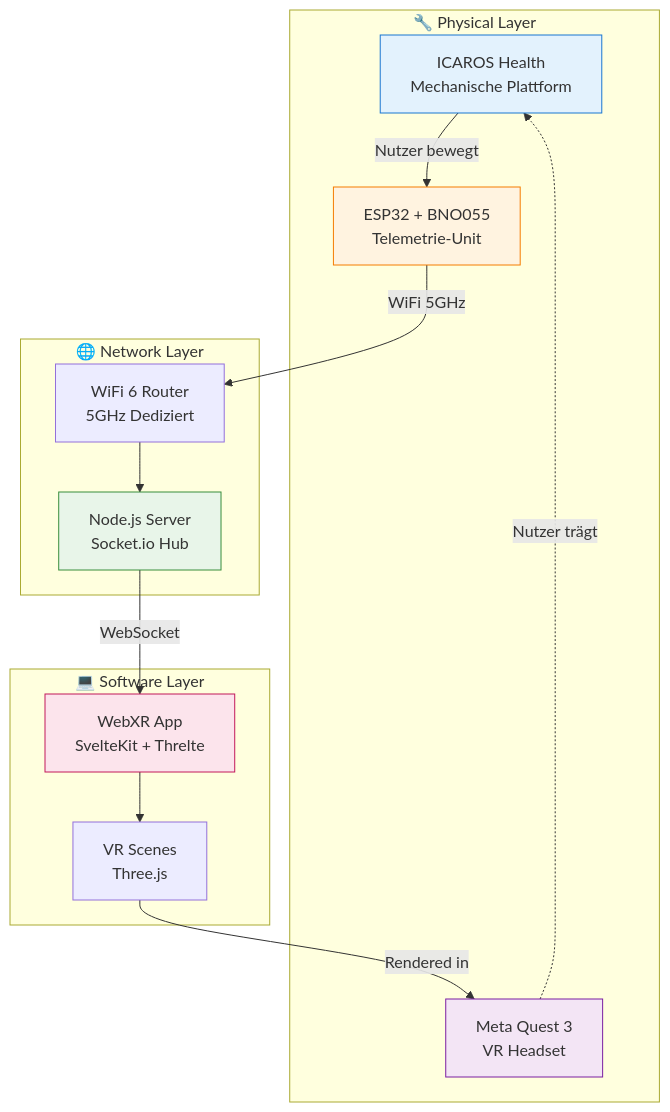
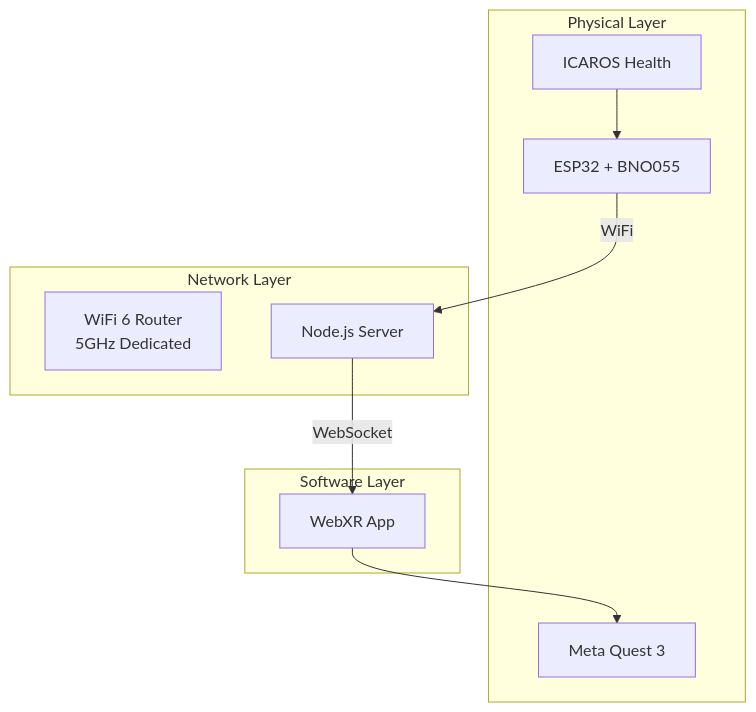
One commit to dweigend/neural-flight changed the first of 3 diagrams in docs/integration/SYSTEM_ARCHITECTURE.md. Above: the diagram before and after it, drawn with Mermaid. The commit also changed other lines of this file and 31 other files, not shown here.

````diff
--- a/docs/integration/SYSTEM_ARCHITECTURE.md
+++ b/docs/integration/SYSTEM_ARCHITECTURE.md
@@ -18,32 +14,22 @@
 ```mermaid
 graph TB
-    subgraph Physical["🔧 Physical Layer"]
-        ICAROS[ICAROS Health<br/>Mechanische Plattform]
-        ESP[ESP32 + BNO055<br/>Telemetrie-Unit]
-        QUEST[Meta Quest 3<br/>VR Headset]
+    subgraph Physical["Physical Layer"]
+        ICAROS[ICAROS Health]
+        ESP[ESP32 + BNO055]
+        QUEST[Meta Quest 3]
     end
     
-    subgraph Network["🌐 Network Layer"]
-        ROUTER[WiFi 6 Router<br/>5GHz Dediziert]
-        SERVER[Node.js Server<br/>Socket.io Hub]
+    subgraph Network["Network Layer"]
+        ROUTER[WiFi 6 Router<br/>5GHz Dedicated]
+        SERVER[Node.js Server]
     end
     
-    subgraph Software["💻 Software Layer"]
-        WEBXR[WebXR App<br/>SvelteKit + Threlte]
-        SCENES[VR Scenes<br/>Three.js]
+    subgraph Software["Software Layer"]
+        WEBXR[WebXR App]
     end
     
-    ICAROS -->|"Nutzer bewegt"| ESP
-    ESP -->|"WiFi 5GHz"| ROUTER
-    ROUTER --> SERVER
-    SERVER -->|"WebSocket"| WEBXR
-    WEBXR --> SCENES
-    SCENES -->|"Rendered in"| QUEST
-    QUEST -.->|"Nutzer trägt"| ICAROS
-    
-    style ICAROS fill:#e3f2fd,stroke:#1976d2
-    style ESP fill:#fff3e0,stroke:#f57c00
-    style QUEST fill:#f3e5f5,stroke:#7b1fa2
-    style SERVER fill:#e8f5e9,stroke:#388e3c
-    style WEBXR fill:#fce4ec,stroke:#c2185b
+    ICAROS --> ESP
+    ESP -->|WiFi| SERVER
+    SERVER -->|WebSocket| WEBXR
+    WEBXR --> QUEST
 ```
````
